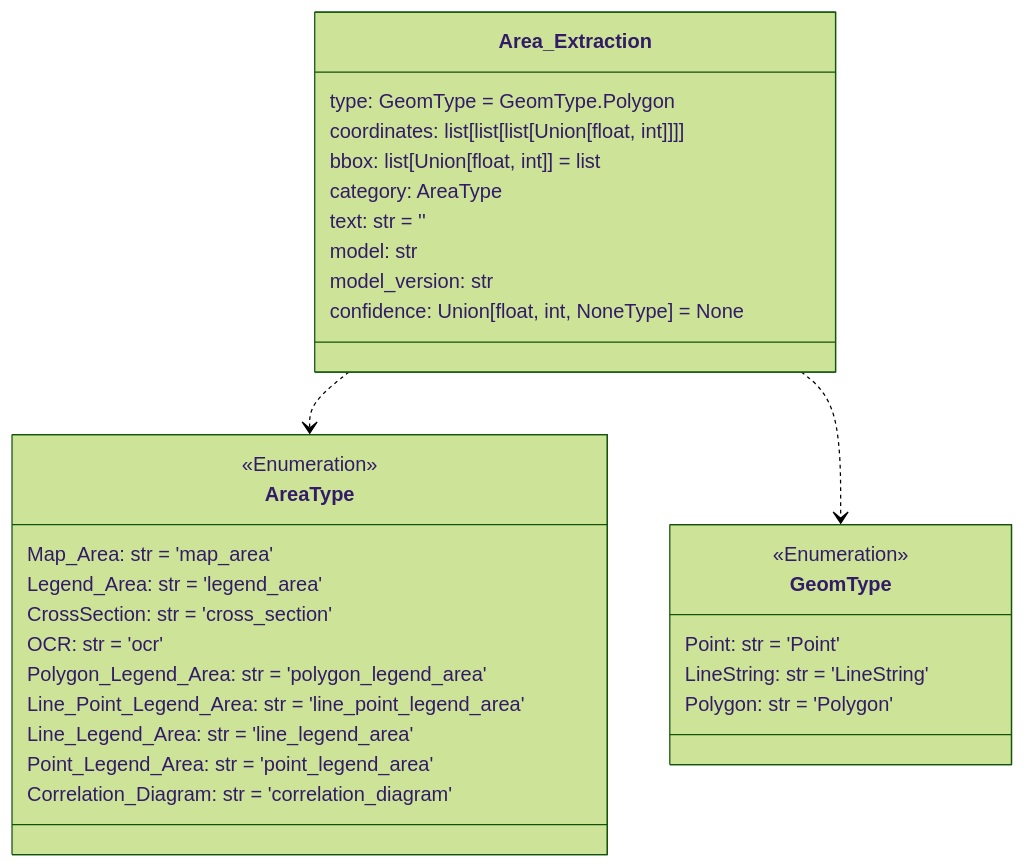
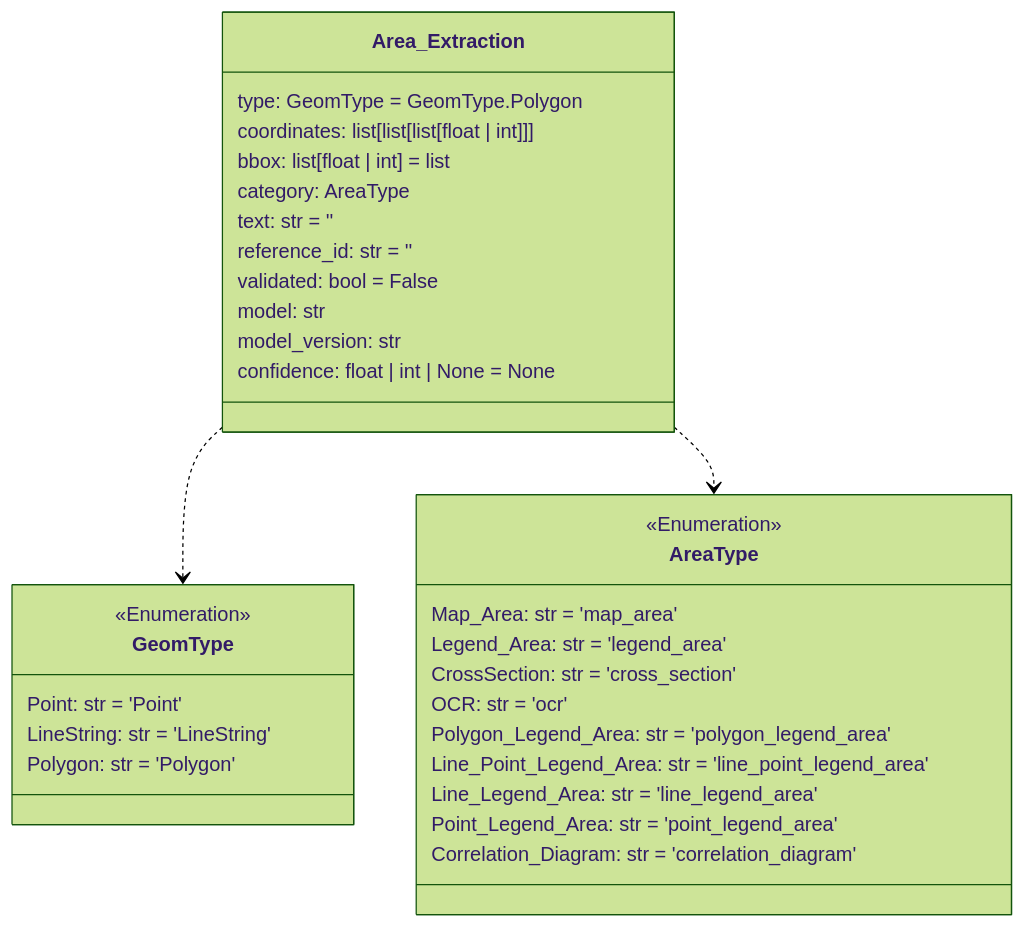
Before and after one commit to DARPA-CRITICALMAAS/cdr_schemas: the first of 14 diagrams in README.md, drawn with Mermaid (forest theme). The commit also changed other lines of this file and 3 other files, not shown here.

First line of the commit message:
TA3 Schema Integration and Metadata Parsing (#36)

````diff
--- a/README.md
+++ b/README.md
@@ -66,39 +68,41 @@
 ```mermaid
 classDiagram
 
+    class GeomType {
+        <<Enumeration>>
+        Point: str = 'Point'
+        LineString: str = 'LineString'
+        Polygon: str = 'Polygon'
+    }
+
     class Area_Extraction {
         type: GeomType = GeomType.Polygon
-        coordinates: list[list[list[Union[float, int]]]]
-        bbox: list[Union[float, int]] = list
+        coordinates: list[list[list[float | int]]]
+        bbox: list[float | int] = list
         category: AreaType
         text: str = ''
+        reference_id: str = ''
+        validated: bool = False
         model: str
         model_version: str
-        confidence: Union[float, int, NoneType] = None
+        confidence: float | int | None = None
     }
 
     class AreaType {
         <<Enumeration>>
         Map_Area: str = 'map_area'
         Legend_Area: str = 'legend_area'
         CrossSection: str = 'cross_section'
         OCR: str = 'ocr'
         Polygon_Legend_Area: str = 'polygon_legend_area'
         Line_Point_Legend_Area: str = 'line_point_legend_area'
         Line_Legend_Area: str = 'line_legend_area'
         Point_Legend_Area: str = 'point_legend_area'
         Correlation_Diagram: str = 'correlation_diagram'
     }
 
-    class GeomType {
-        <<Enumeration>>
-        Point: str = 'Point'
-        LineString: str = 'LineString'
-        Polygon: str = 'Polygon'
-    }
-
+    Area_Extraction ..> GeomType
     Area_Extraction ..> AreaType
-    Area_Extraction ..> GeomType
 
 
 ```
````
